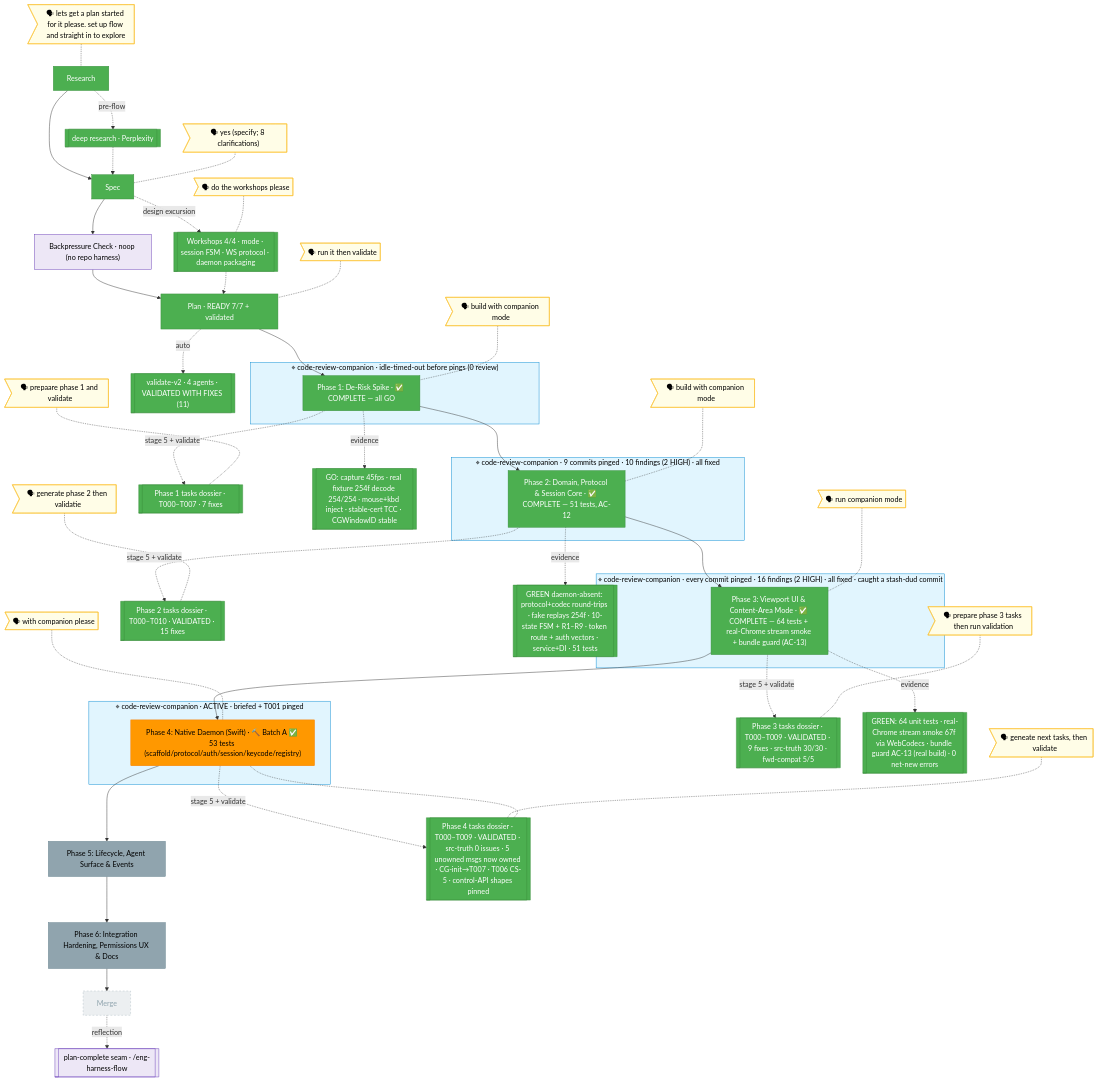
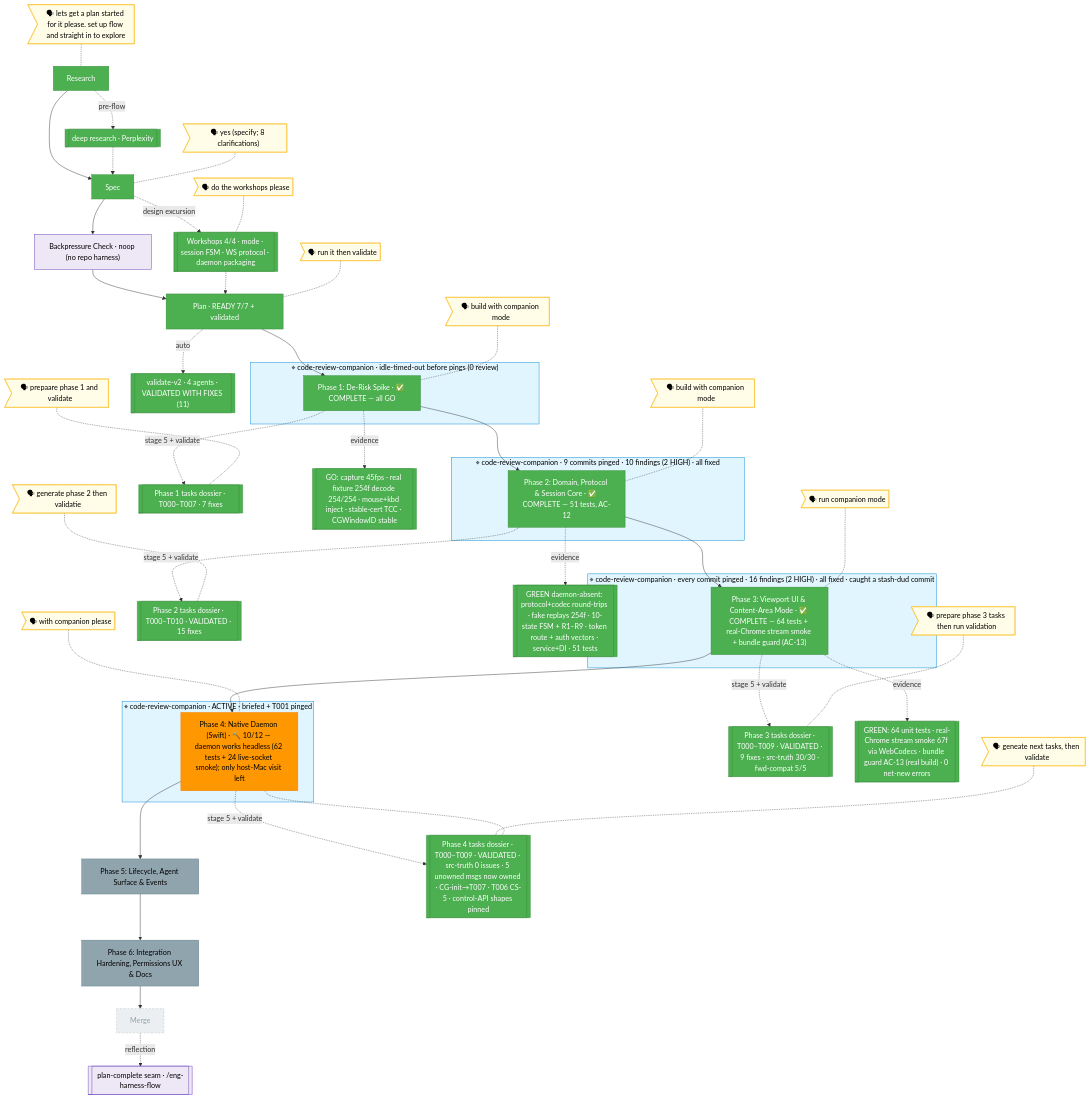
The diagram in docs/plans/088-remote-app-view/the-flow.md (AI-Substrate/chainglass), drawn with Mermaid before and after one commit. The commit also changed other lines of this file and 3 other files, not shown here.

Commit message:
docs(remote-view): Phase 4 Batch A.2 complete — flight-plan + domain (daemon works headless; only host-Mac visit left) (Plan 088)

````diff
--- a/docs/plans/088-remote-app-view/the-flow.md
+++ b/docs/plans/088-remote-app-view/the-flow.md
@@ -7,75 +7,75 @@
 ```mermaid
 flowchart TD
     classDef done    fill:#4CAF50,stroke:#388E3C,color:#fff
     classDef wip     fill:#FF9800,stroke:#F57C00,color:#000
     classDef blocked fill:#F44336,stroke:#D32F2F,color:#fff
     classDef known   fill:#90A4AE,stroke:#607D8B,color:#000
     classDef assumed fill:#ECEFF1,stroke:#B0BEC5,color:#90A4AE,stroke-dasharray:4 4
     classDef said    fill:#FFFDE7,stroke:#FBC02D,color:#000
     classDef harness fill:#EDE7F6,stroke:#673AB7,color:#000
     classDef companion fill:#E1F5FE,stroke:#0288D1,color:#000
 
     %% ── spine ──
     R[Research]:::done --> S[Spec]:::done --> BP["Backpressure Check · noop (no repo harness)"]:::harness --> PL["Plan · READY 7/7 + validated"]:::done
-    PL --> P1["Phase 1: De-Risk Spike · ✅ COMPLETE — all GO"]:::done --> P2["Phase 2: Domain, Protocol & Session Core · ✅ COMPLETE — 51 tests, AC-12"]:::done --> P3["Phase 3: Viewport UI & Content-Area Mode · ✅ COMPLETE — 64 tests + real-Chrome stream smoke + bundle guard (AC-13)"]:::done --> P4["Phase 4: Native Daemon (Swift) · 🔨 Batch A ✅ 53 tests (scaffold/protocol/auth/session/keycode/registry)"]:::wip --> P5["Phase 5: Lifecycle, Agent Surface & Events"]:::known --> P6["Phase 6: Integration Hardening, Permissions UX & Docs"]:::known --> M[Merge]:::assumed
+    PL --> P1["Phase 1: De-Risk Spike · ✅ COMPLETE — all GO"]:::done --> P2["Phase 2: Domain, Protocol & Session Core · ✅ COMPLETE — 51 tests, AC-12"]:::done --> P3["Phase 3: Viewport UI & Content-Area Mode · ✅ COMPLETE — 64 tests + real-Chrome stream smoke + bundle guard (AC-13)"]:::done --> P4["Phase 4: Native Daemon (Swift) · 🔨 10/12 — daemon works headless (62 tests + 24 live-socket smoke); only host-Mac visit left"]:::wip --> P5["Phase 5: Lifecycle, Agent Surface & Events"]:::known --> P6["Phase 6: Integration Hardening, Permissions UX & Docs"]:::known --> M[Merge]:::assumed
 
     %% ── companions (each wrapped the phase it was meant to review) ──
     subgraph CW["⌖ code-review-companion · idle-timed-out before pings (0 review)"]
         P1
     end
     class CW companion
     subgraph CW2["⌖ code-review-companion · 9 commits pinged · 10 findings (2 HIGH) · all fixed"]
         P2
     end
     class CW2 companion
 
     %% ── excursions ──
     R -.->|pre-flow| DR[["deep research · Perplexity"]]:::done
     DR -.-> S
     S -.->|design excursion| WS[["Workshops 4/4 · mode · session FSM · WS protocol · daemon packaging"]]:::done
     WS -.-> PL
     PL -.->|auto| V[["validate-v2 · 4 agents · VALIDATED WITH FIXES (11)"]]:::done
     P1 -.->|stage 5 + validate| T1[["Phase 1 tasks dossier · T000–T007 · 7 fixes"]]:::done
     P1 -.->|evidence| EV[["GO: capture 45fps · real fixture 254f decode 254/254 · mouse+kbd inject · stable-cert TCC · CGWindowID stable"]]:::done
     P2 -.->|stage 5 + validate| T2[["Phase 2 tasks dossier · T000–T010 · VALIDATED · 15 fixes"]]:::done
     P2 -.->|evidence| EV2[["GREEN daemon-absent: protocol+codec round-trips · fake replays 254f · 10-state FSM + R1–R9 · token route + auth vectors · service+DI · 51 tests"]]:::done
     P3 -.->|stage 5 + validate| T3[["Phase 3 tasks dossier · T000–T009 · VALIDATED · 9 fixes · src-truth 30/30 · fwd-compat 5/5"]]:::done
     P3 -.->|evidence| EV3[["GREEN: 64 unit tests · real-Chrome stream smoke 67f via WebCodecs · bundle guard AC-13 (real build) · 0 net-new errors"]]:::done
     subgraph CW3["⌖ code-review-companion · every commit pinged · 16 findings (2 HIGH) · all fixed · caught a stash-dud commit"]
         P3
     end
     class CW3 companion
     UB3>"🗣 run companion mode"]:::said
     UB3 -.- P3
     subgraph CW4["⌖ code-review-companion · ACTIVE · briefed + T001 pinged"]
         P4
     end
     class CW4 companion
     UB4>"🗣 with companion please"]:::said
     UB4 -.- P4
     P4 -.->|stage 5 + validate| T4[["Phase 4 tasks dossier · T000–T009 · VALIDATED · src-truth 0 issues · 5 unowned msgs now owned · CG-init→T007 · T006 CS-5 · control-API shapes pinned"]]:::done
     T4 -.- P4
     M -.->|reflection| HH[["plan-complete seam · /eng-harness-flow"]]:::harness
 
     %% ── verbatim user-said bubbles ──
     UR>"🗣 lets get a plan started for it please. set up flow and straight in to explore"]:::said
     UR -.- R
     US>"🗣 yes (specify; 8 clarifications)"]:::said
     US -.- S
     UW>"🗣 do the workshops please"]:::said
     UW -.- WS
     UP>"🗣 run it then validate"]:::said
     UP -.- PL
     UT>"🗣 prepaare phase 1 and validate"]:::said
     UT -.- T1
     UB>"🗣 build with companion mode"]:::said
     UB -.- P1
     UG>"🗣 generate phase 2 then validatie"]:::said
     UG -.- T2
     UB2>"🗣 build with companion mode"]:::said
     UB2 -.- P2
     UT3>"🗣 prepare phase 3 tasks then run validation"]:::said
     UT3 -.- T3
     UT4>"🗣 geneate next tasks, then validate"]:::said
     UT4 -.- T4
 ```
````
